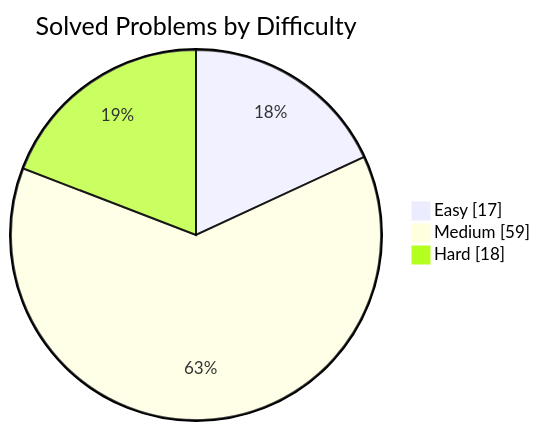
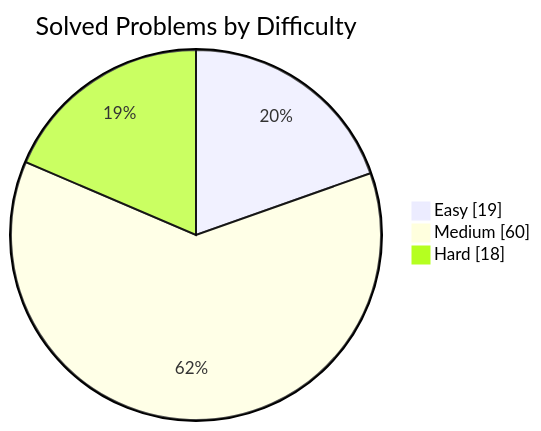
One commit to manikantbindass/DSA-Preparation-FAANG changed the first of 2 diagrams in README.md. Above: the diagram before and after it, drawn with Mermaid. The commit also changed other lines of this file and 9 other files, not shown here.

````diff
--- a/README.md
+++ b/README.md
@@ -38,7 +38,7 @@
 ```mermaid
 pie showData
     title Solved Problems by Difficulty
-    "Easy" : 17
-    "Medium" : 59
+    "Easy" : 19
+    "Medium" : 60
     "Hard" : 18
 ```
````
